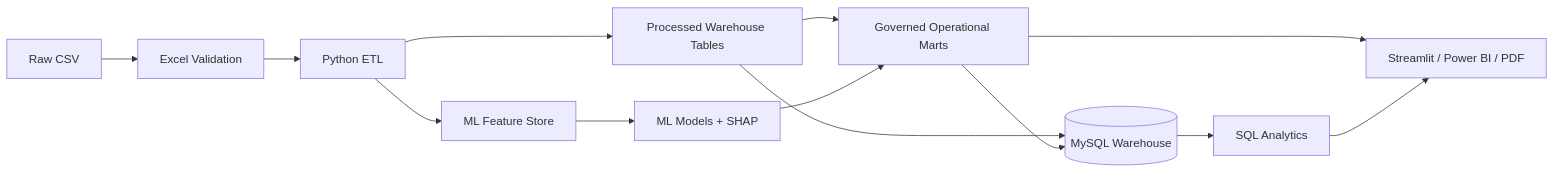
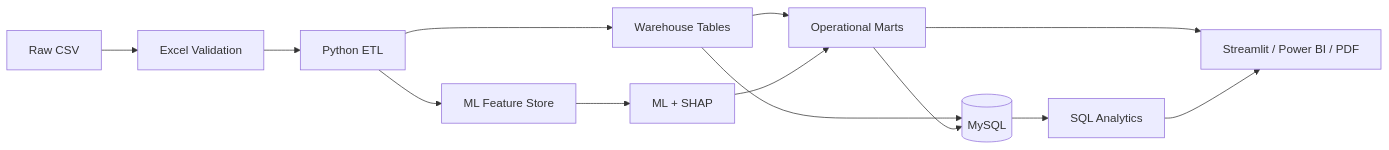
Before and after one commit to suhani-chauhan56/Hospital-Operations-Intelligence-Platform: the diagram in README.md, drawn with Mermaid. The commit also changed other lines of this file and 16 other files, not shown here.

````diff
--- a/README.md
+++ b/README.md
@@ -39,15 +41,15 @@
 ```mermaid
 flowchart LR
     A[Raw CSV] --> B[Excel Validation]
     B --> C[Python ETL]
-    C --> D[Processed Warehouse Tables]
+    C --> D[Warehouse Tables]
     C --> E[ML Feature Store]
-    E --> F[ML Models + SHAP]
-    D --> G[Governed Operational Marts]
+    E --> F[ML + SHAP]
+    D --> G[Operational Marts]
     F --> G
-    D --> H[(MySQL Warehouse)]
+    D --> H[(MySQL)]
     G --> H
     H --> I[SQL Analytics]
     G --> J[Streamlit / Power BI / PDF]
     I --> J
 ```
````
